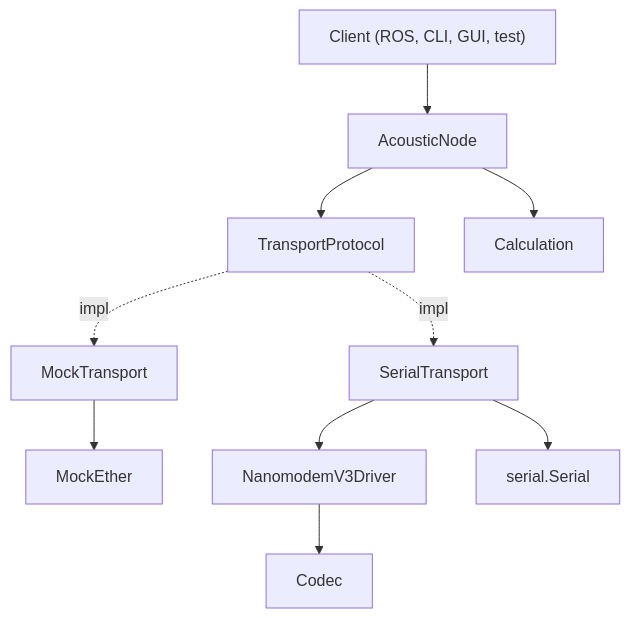
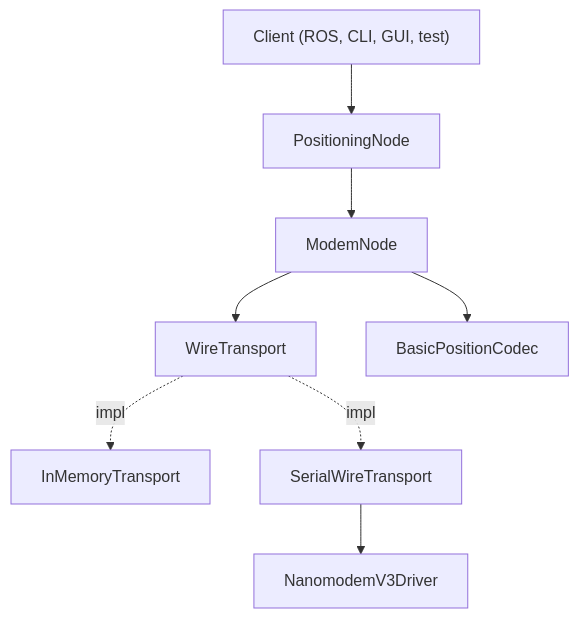
One commit to foxpoint-se/nanomodem-python changed the diagram in README.md. Above: the diagram before and after it, drawn with Mermaid. The commit also changed other lines of this file and 32 other files, not shown here.

First line of the commit message:
feat!: remove legacy AcousticNode API in favor of core/positioning stack

````diff
--- a/README.md
+++ b/README.md
@@ -183,23 +182,19 @@
 ```mermaid
 graph TD
     Client["Client (ROS, CLI, GUI, test)"]
-    Node["AcousticNode"]
-    TP["TransportProtocol"]
-    Calc["Calculation"]
-    MockT["MockTransport"]
-    MockE["MockEther"]
-    SerialT["SerialTransport"]
+    PosNode["PositioningNode"]
+    ModemNode["ModemNode"]
+    WireT["WireTransport"]
+    Codec["BasicPositionCodec"]
+    InMem["InMemoryTransport"]
+    Serial["SerialWireTransport"]
     Driver["NanomodemV3Driver"]
-    CodecV3["Codec"]
-    Serial["serial.Serial"]
 
-    Client --> Node
-    Node --> TP
-    Node --> Calc
-    TP -.->|"impl"| MockT
-    TP -.->|"impl"| SerialT
-    MockT --> MockE
-    SerialT --> Driver
-    SerialT --> Serial
-    Driver --> CodecV3
+    Client --> PosNode
+    PosNode --> ModemNode
+    ModemNode --> WireT
+    ModemNode --> Codec
+    WireT -.->|"impl"| InMem
+    WireT -.->|"impl"| Serial
+    Serial --> Driver
 ```
````
